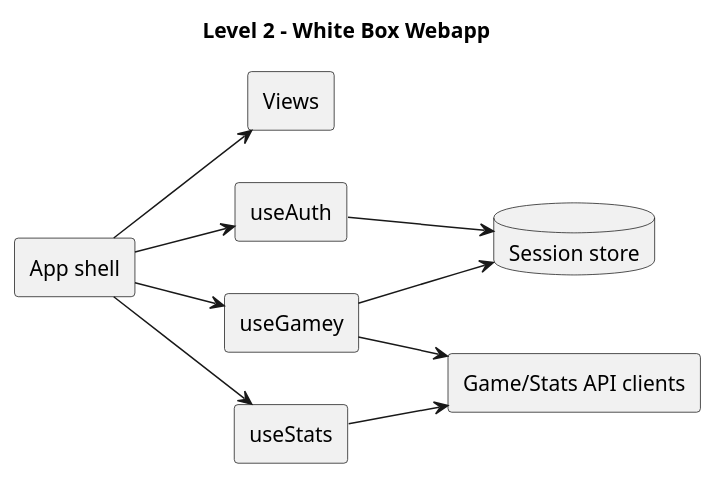
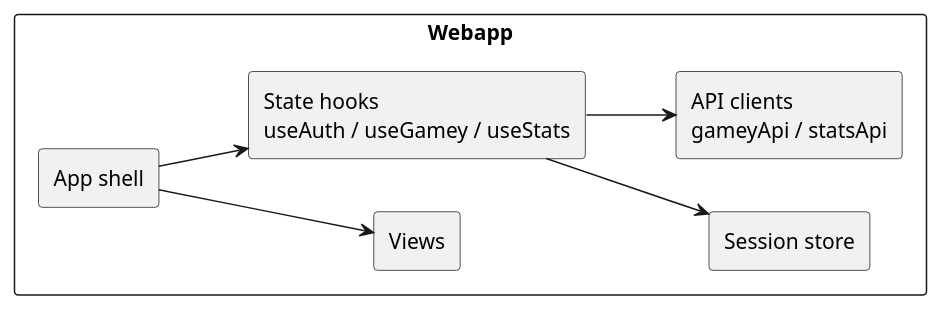
Before and after one commit to Arquisoft/yovi_es4b: the second of 5 diagrams in docs/src/05_building_block_view.adoc, drawn with PlantUML. The commit also changed other lines of this file and 26 other files, not shown here.

```diff
--- a/docs/src/05_building_block_view.adoc
+++ b/docs/src/05_building_block_view.adoc
@@ -133,25 +150,22 @@
-[plantuml,"05_level2_webapp",png]
+[plantuml,"05_level2_webapp_whitebox",png]
 ----
 @startuml
-title Level 2 - White Box Webapp
 left to right direction
-skinparam componentStyle rectangle
+skinparam shadowing false
+skinparam monochrome true
+skinparam defaultFontName Arial
 
-component "App shell" as App
-component "Views" as Views
-component "useAuth" as UseAuth
-component "useGamey" as UseGamey
-component "useStats" as UseStats
-component "Game/Stats API clients" as Api
-database "Session store" as Store
+rectangle "Webapp" {
+  rectangle "App shell" as App
+  rectangle "Views" as Views
+  rectangle "State hooks\nuseAuth / useGamey / useStats" as Hooks
+  rectangle "Session store" as Store
+  rectangle "API clients\ngameyApi / statsApi" as Clients
+}
 
 App --> Views
-App --> UseAuth
-App --> UseGamey
-App --> UseStats
-UseGamey --> Api
-UseStats --> Api
-UseAuth --> Store
-UseGamey --> Store
+App --> Hooks
+Hooks --> Store
+Hooks --> Clients
 @enduml
 ----
```
